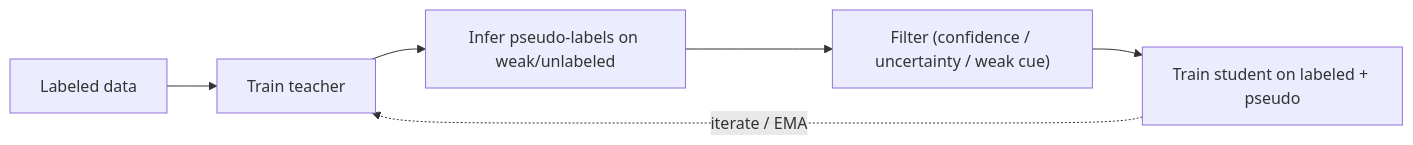
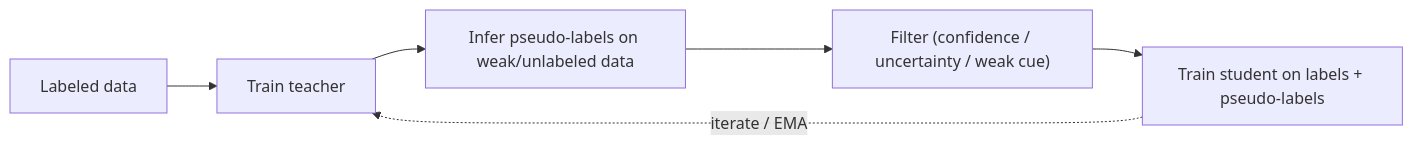
One commit to beomyoung-kim/ml_study changed the diagram in content/cv/weak-semi-supervised.md. Above: the diagram before and after it, drawn with Mermaid. The commit also changed other lines of this file and 209 other files, not shown here.

````diff
--- a/content/cv/weak-semi-supervised.md
+++ b/content/cv/weak-semi-supervised.md
@@ -59,8 +108,8 @@
 ```mermaid
 flowchart LR
   L[Labeled data] --> T[Train teacher]
-  T --> P[Infer pseudo-labels on weak/unlabeled]
+  T --> P[Infer pseudo-labels on weak/unlabeled data]
   P --> F["Filter (confidence / uncertainty / weak cue)"]
-  F --> S[Train student on labeled + pseudo]
+  F --> S[Train student on labels + pseudo-labels]
   S -.->|iterate / EMA| T
 ```
````
